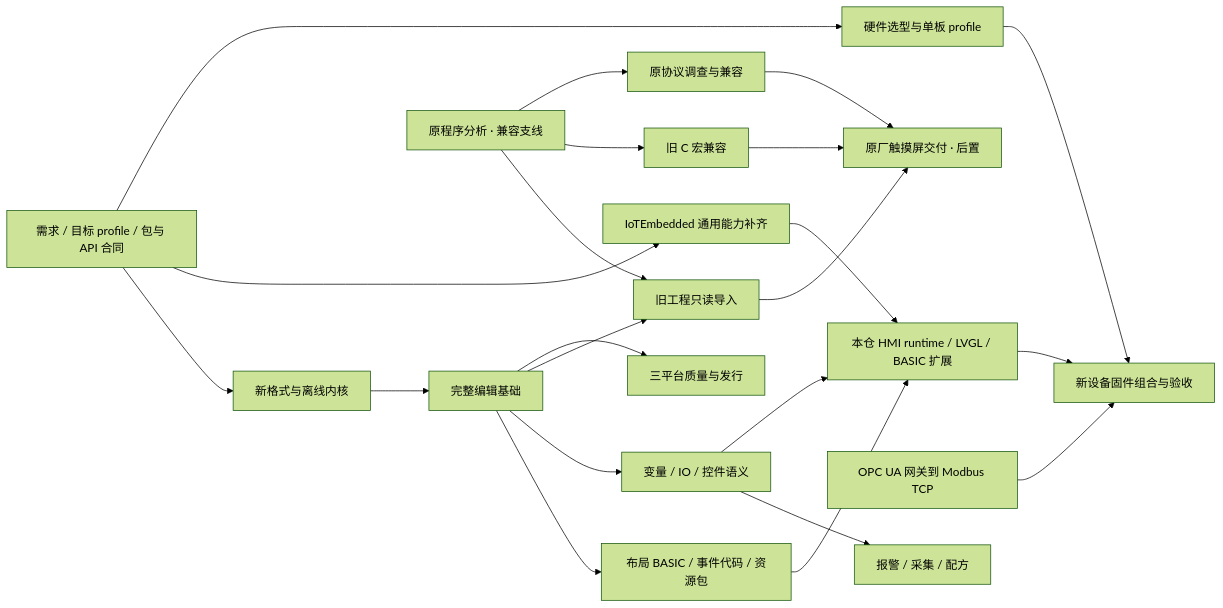
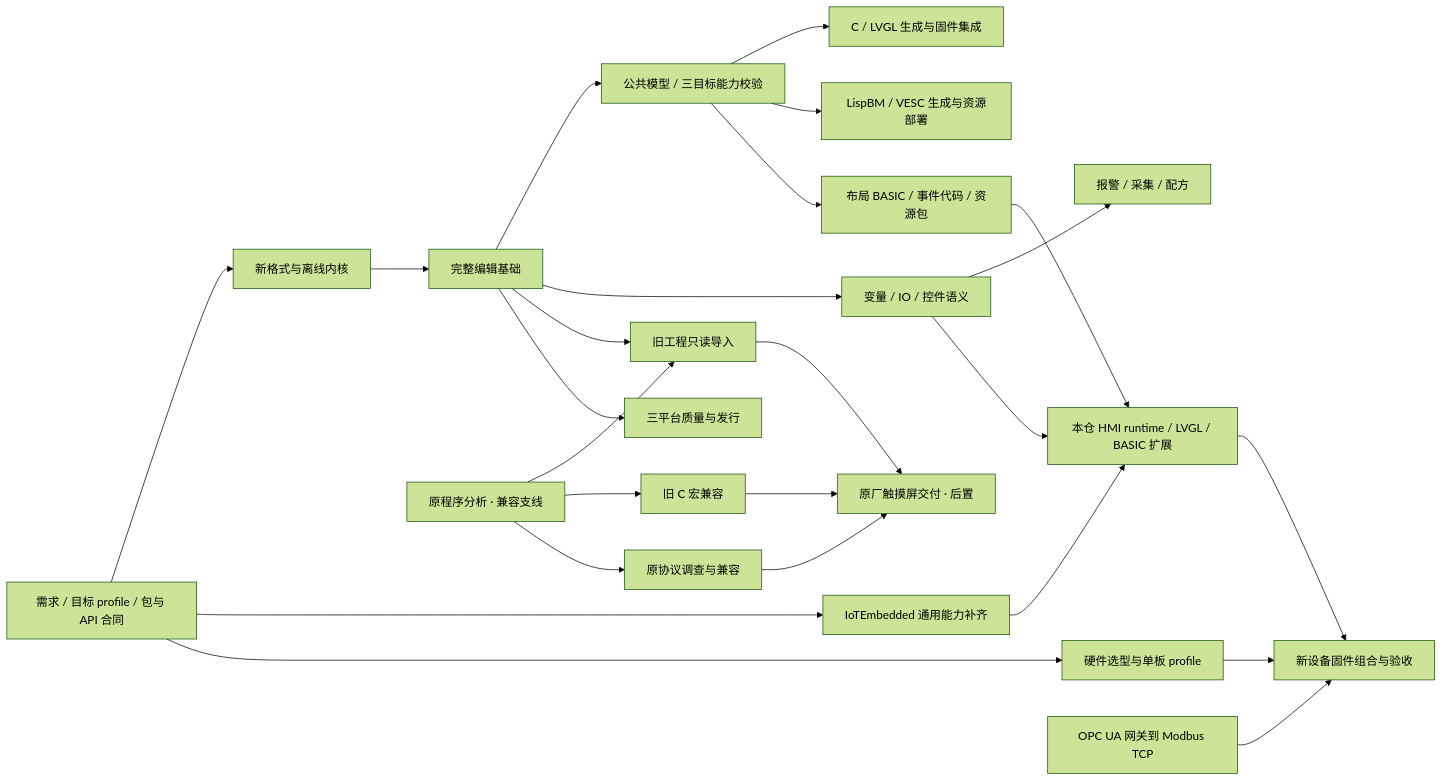
One commit to IoTSharp/HmiCraft changed the diagram in ROADMAP.md. Above: the diagram before and after it, drawn with Mermaid (forest theme). The commit also changed other lines of this file and 8 other files, not shown here.

Commit message:
Pin the merged LvglEditor three-target implementation and verification

````diff
--- a/ROADMAP.md
+++ b/ROADMAP.md
@@ -24,24 +24,27 @@
 ```mermaid
 flowchart LR
     E0[需求 / 目标 profile / 包与 API 合同] --> R1[新格式与离线内核]
     R1 --> R2[完整编辑基础]
-    R2 --> Gen[布局 BASIC / 事件代码 / 资源包]
+    R2 --> Targets[公共模型 / 三目标能力校验]
+    Targets --> CTarget[C / LVGL 生成与固件集成]
+    Targets --> LispTarget[LispBM / VESC 生成与资源部署]
+    Targets --> Gen[布局 BASIC / 事件代码 / 资源包]
     E0 --> IE[IoTEmbedded 通用能力补齐]
     IE --> HMI[本仓 HMI runtime / LVGL / BASIC 扩展]
     Gen --> HMI
     HMI --> Device[新设备固件组合与验收]
     E0 --> Board[硬件选型与单板 profile]
     Board --> Device
     R2 --> R3[变量 / IO / 控件语义]
     R3 --> R4[报警 / 采集 / 配方]
     R3 --> HMI
     Gateway[OPC UA 网关到 Modbus TCP] --> Device
     R0[原程序分析 · 兼容支线] --> R5[旧工程只读导入]
     R2 --> R5
     R0 --> R6[旧 C 宏兼容]
     R0 --> R7[原协议调查与兼容]
     R5 --> R8[原厂触摸屏交付 · 后置]
     R6 --> R8
     R7 --> R8
     R2 --> R9[三平台质量与发行]
 ```
````
